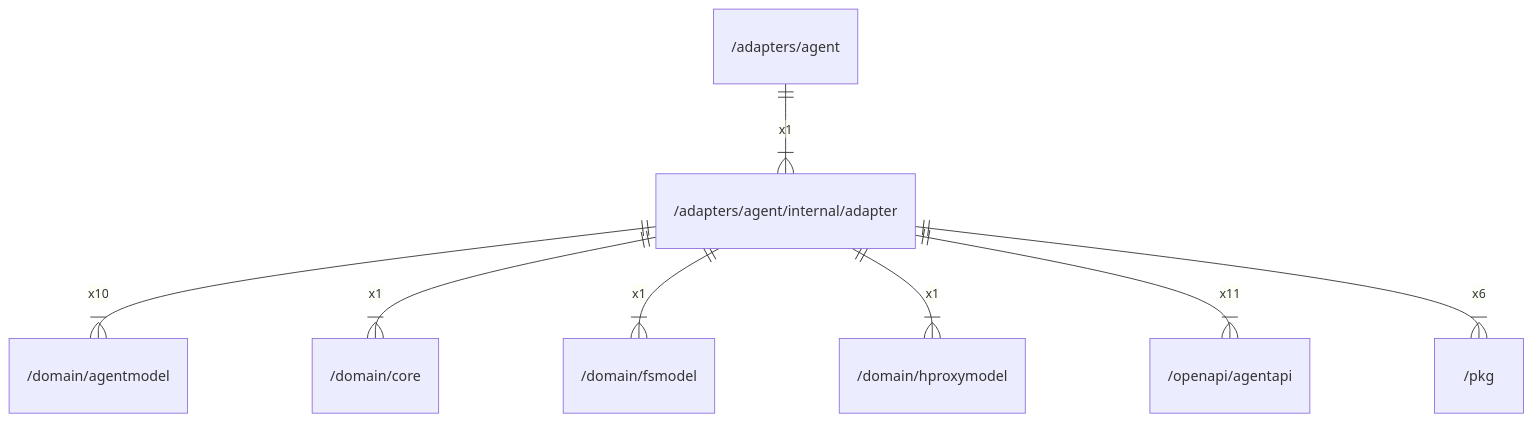
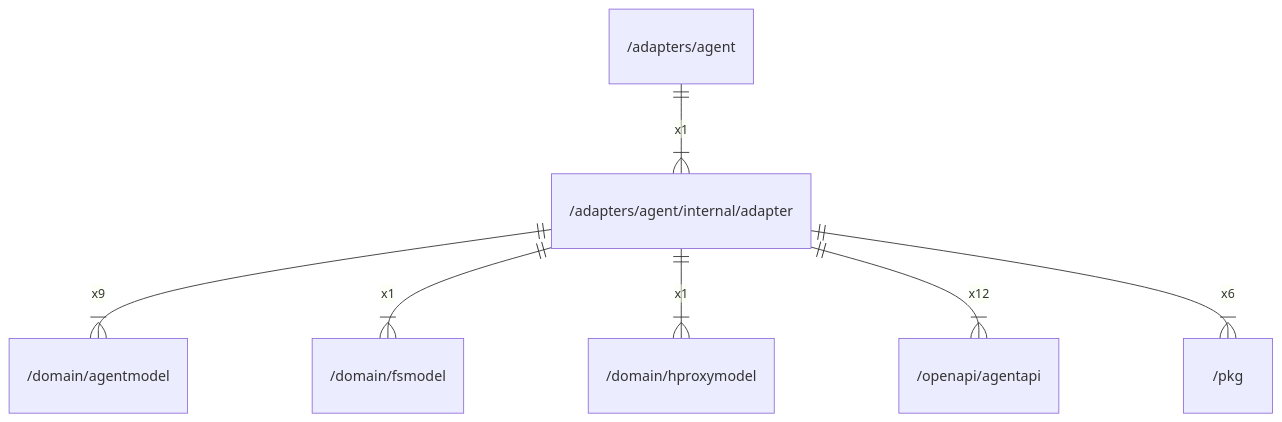
Before and after one commit to gbh007/hgraber-next: the diagram in docs/arch/adapters/agent/internal/adapter.md, drawn with Mermaid. The commit also changed other lines of this file and 98 other files, not shown here.

````diff
--- a/docs/arch/adapters/agent/internal/adapter.md
+++ b/docs/arch/adapters/agent/internal/adapter.md
@@ -33,10 +44,9 @@
 ```mermaid
 erDiagram
     "/adapters/agent" ||--|{ "/adapters/agent/internal/adapter" : x1
-    "/adapters/agent/internal/adapter" ||--|{ "/domain/agentmodel" : x10
-    "/adapters/agent/internal/adapter" ||--|{ "/domain/core" : x1
+    "/adapters/agent/internal/adapter" ||--|{ "/domain/agentmodel" : x9
     "/adapters/agent/internal/adapter" ||--|{ "/domain/fsmodel" : x1
     "/adapters/agent/internal/adapter" ||--|{ "/domain/hproxymodel" : x1
-    "/adapters/agent/internal/adapter" ||--|{ "/openapi/agentapi" : x11
+    "/adapters/agent/internal/adapter" ||--|{ "/openapi/agentapi" : x12
     "/adapters/agent/internal/adapter" ||--|{ "/pkg" : x6
 ```
````
